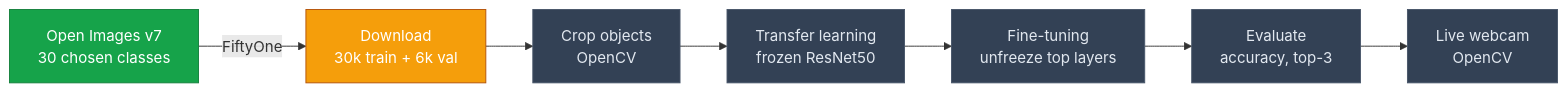
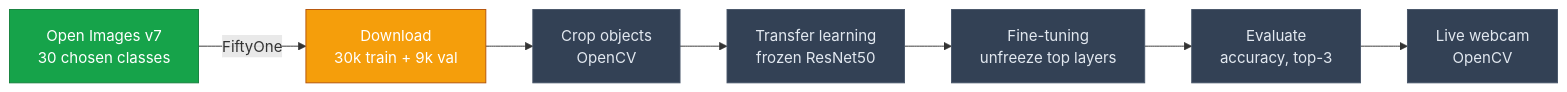
Before and after one commit to python-is-life2022/image-classification-resnet-finetuning: the diagram in README.md, drawn with Mermaid. The commit also changed other lines of this file, not shown here.

````diff
--- a/README.md
+++ b/README.md
@@ -37,16 +37,16 @@
 ```mermaid
 flowchart LR
-    A["Open Images v7<br/>30 chosen classes"] -->|FiftyOne| B["Download<br/>30k train + 6k val"]
+    A["Open Images v7<br/>30 chosen classes"] -->|FiftyOne| B["Download<br/>30k train + 9k val"]
     B --> C["Crop objects<br/>OpenCV"]
     C --> D["Transfer learning<br/>frozen ResNet50"]
     D --> E["Fine-tuning<br/>unfreeze top layers"]
     E --> F["Evaluate<br/>accuracy, top-3"]
     F --> G["Live webcam<br/>OpenCV"]
 
     classDef done fill:#16a34a,stroke:#15803d,color:#fff;
     classDef wip fill:#f59e0b,stroke:#b45309,color:#fff;
     classDef todo fill:#334155,stroke:#475569,color:#e2e8f0;
     class A done;
     class B wip;
     class C,D,E,F,G todo;
 ```
````
